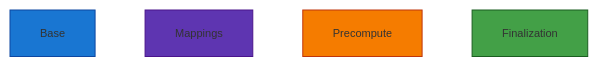
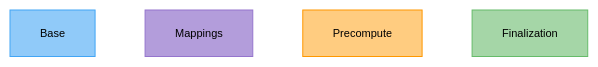
The second of 3 diagrams in README.md (openbca/openbca), drawn with Mermaid before and after one commit. The commit also changed other lines of this file and 15 other files, not shown here.

````diff
--- a/README.md
+++ b/README.md
@@ -150,9 +150,9 @@
 ```mermaid
-%%{init: {'themeVariables': {'fontSize': '11px'}}}%%
+%%{init: {'theme': 'base', 'themeVariables': {'fontSize': '11px', 'primaryTextColor': '#000000', 'primaryBorderColor': '#37474f', 'lineColor': '#37474f'}}}%%
 flowchart LR
     leg_base[Base]~~~leg_mappings[Mappings]~~~leg_precompute[Precompute]~~~leg_finalization[Finalization]
-    style leg_base fill:#1976d2,stroke:#0d47a1
-    style leg_mappings fill:#5e35b1,stroke:#4a148c
-    style leg_precompute fill:#f57c00,stroke:#bf360c
-    style leg_finalization fill:#43a047,stroke:#1b5e20
+    style leg_base fill:#90caf9,stroke:#42a5f5
+    style leg_mappings fill:#b39ddb,stroke:#9575cd
+    style leg_precompute fill:#ffcc80,stroke:#ff9800
+    style leg_finalization fill:#a5d6a7,stroke:#66bb6a
 ```
````
